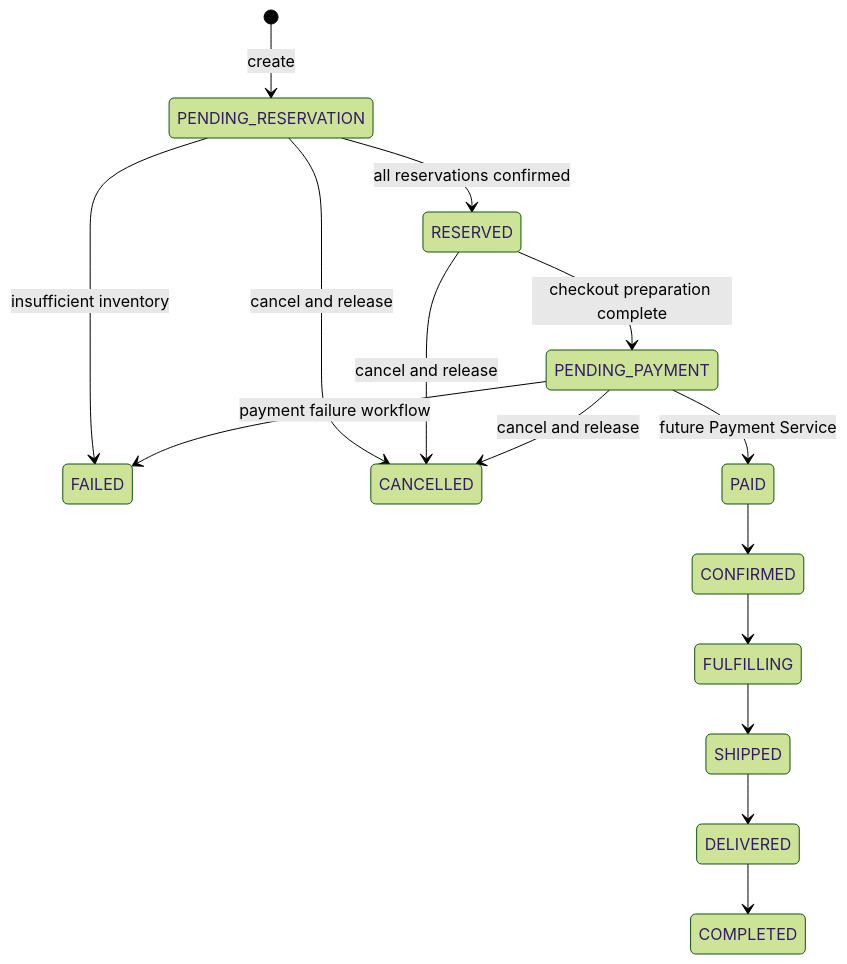
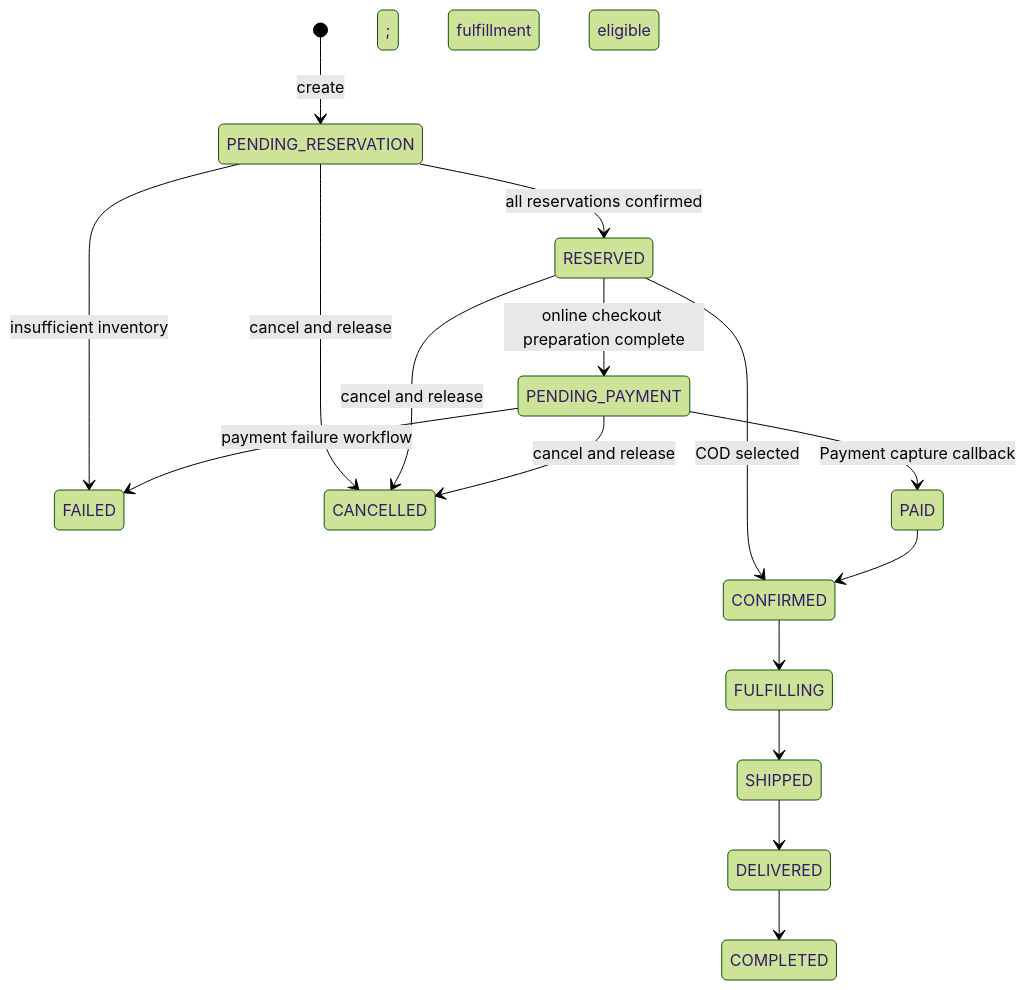
One commit to mihirchittora/my-ecommerce changed the second of 13 diagrams in order-service/README.md. Above: the diagram before and after it, drawn with Mermaid (forest theme). The commit also changed other lines of this file and 335 other files, not shown here.

````diff
--- a/order-service/README.md
+++ b/order-service/README.md
@@ -203,17 +204,18 @@
 ```mermaid
 stateDiagram-v2
     [*] --> PENDING_RESERVATION: create
     PENDING_RESERVATION --> RESERVED: all reservations confirmed
     PENDING_RESERVATION --> FAILED: insufficient inventory
     PENDING_RESERVATION --> CANCELLED: cancel and release
-    RESERVED --> PENDING_PAYMENT: checkout preparation complete
+    RESERVED --> PENDING_PAYMENT: online checkout preparation complete
+    RESERVED --> CONFIRMED: COD selected; fulfillment eligible
     RESERVED --> CANCELLED: cancel and release
-    PENDING_PAYMENT --> PAID: future Payment Service
+    PENDING_PAYMENT --> PAID: Payment capture callback
     PENDING_PAYMENT --> CANCELLED: cancel and release
     PENDING_PAYMENT --> FAILED: payment failure workflow
     PAID --> CONFIRMED
     CONFIRMED --> FULFILLING
     FULFILLING --> SHIPPED
     SHIPPED --> DELIVERED
     DELIVERED --> COMPLETED
 ```
````
